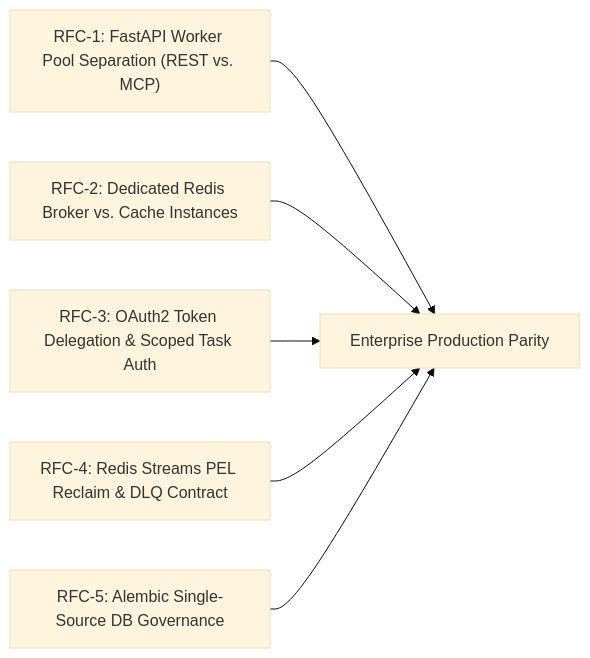
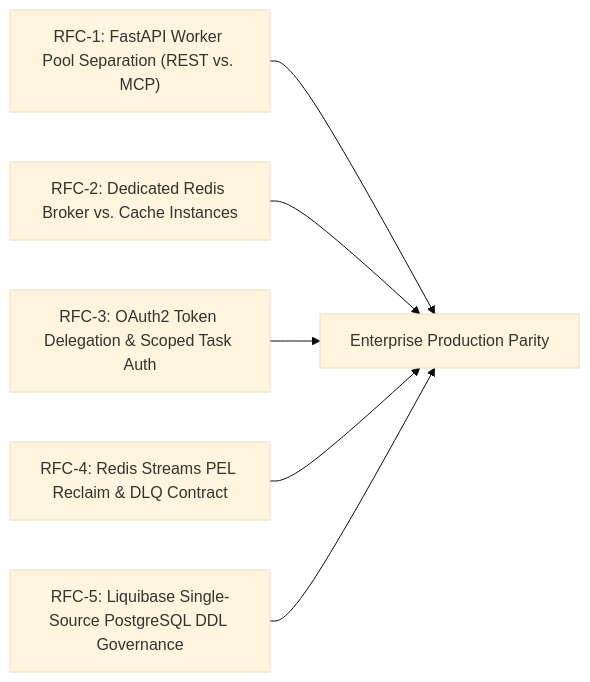
The tenth of 10 diagrams in docs/dreams/pyforge-unifying-strategy.md (rxm7706/local-recipes), drawn with Mermaid (base theme) before and after one commit. The commit also changed other lines of this file and 1 other file, not shown here.

Commit message:
docs(dream): mandate Liquibase as single-source PostgreSQL DDL governance engine

````diff
--- a/docs/dreams/pyforge-unifying-strategy.md
+++ b/docs/dreams/pyforge-unifying-strategy.md
@@ -940,8 +940,8 @@
 ```mermaid
 graph LR
     RFC1["RFC-1: FastAPI Worker Pool Separation (REST vs. MCP)"] --> Core["Enterprise Production Parity"]
     RFC2["RFC-2: Dedicated Redis Broker vs. Cache Instances"] --> Core
     RFC3["RFC-3: OAuth2 Token Delegation & Scoped Task Auth"] --> Core
     RFC4["RFC-4: Redis Streams PEL Reclaim & DLQ Contract"] --> Core
-    RFC5["RFC-5: Alembic Single-Source DB Governance"] --> Core
+    RFC5["RFC-5: Liquibase Single-Source PostgreSQL DDL Governance"] --> Core
 ```
````
